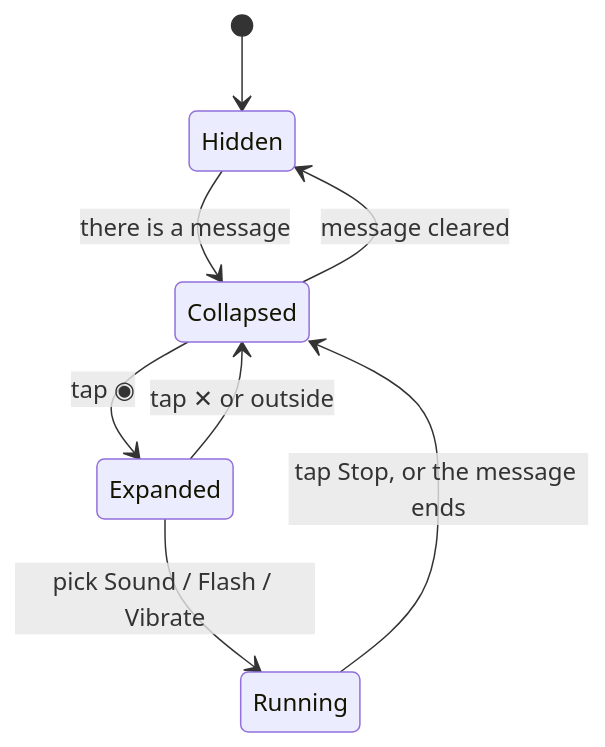
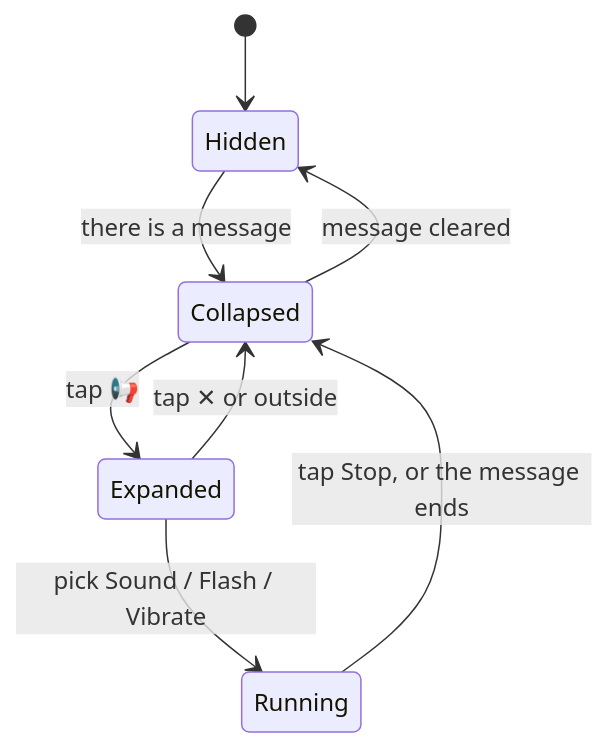
The diagram in docs/11-translator-ui.md (chankruze/morsekit), drawn with Mermaid before and after one commit. The commit also changed other lines of this file and 3 other files, not shown here.

````diff
--- a/docs/11-translator-ui.md
+++ b/docs/11-translator-ui.md
@@ -38,10 +38,10 @@
 ```mermaid
 stateDiagram-v2
     [*] --> Hidden
     Hidden --> Collapsed: there is a message
     Collapsed --> Hidden: message cleared
-    Collapsed --> Expanded: tap ◉
+    Collapsed --> Expanded: tap 📢
     Expanded --> Collapsed: tap ✕ or outside
     Expanded --> Running: pick Sound / Flash / Vibrate
     Running --> Collapsed: tap Stop, or the message ends
 ```
````
